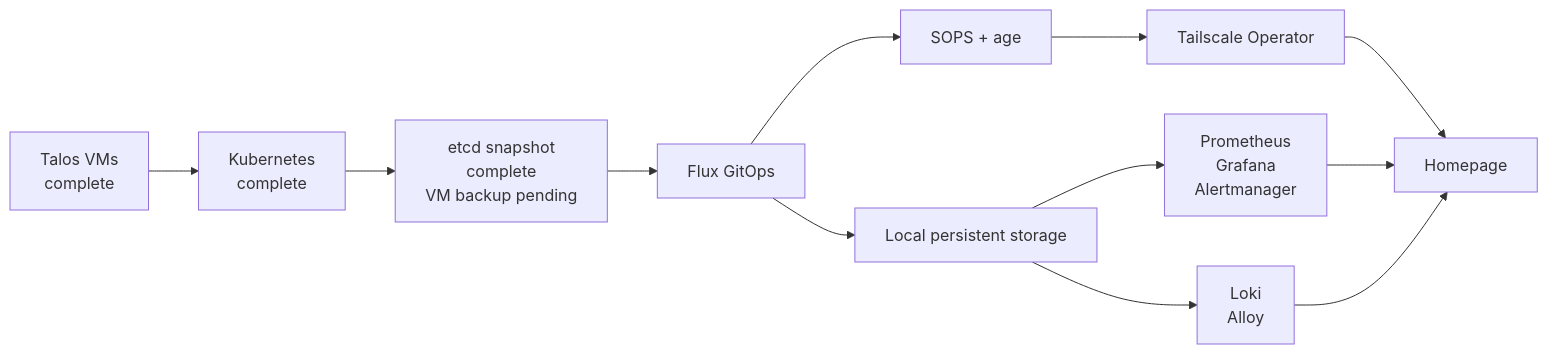
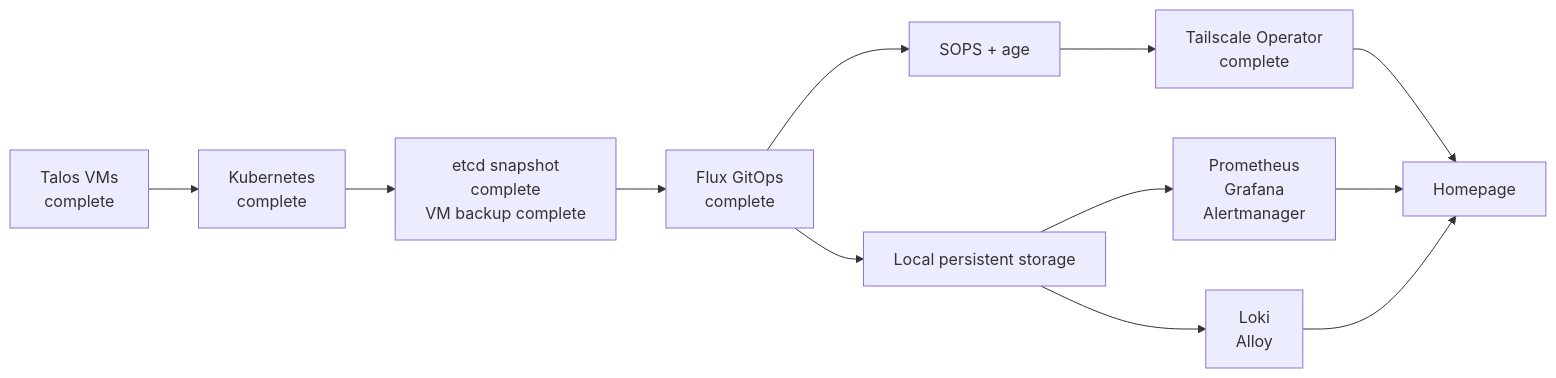
The diagram in docs/00-project-overview.md (dgsuma/dgs-private-cloud), drawn with Mermaid before and after one commit. The commit also changed other lines of this file and 11 other files, not shown here.

````diff
--- a/docs/00-project-overview.md
+++ b/docs/00-project-overview.md
@@ -66,25 +89,25 @@
 ```mermaid
 flowchart LR
     TalosVMs["Talos VMs<br/>complete"]
     K8s["Kubernetes<br/>complete"]
-    Backup["etcd snapshot<br/>complete<br/>VM backup pending"]
-    Flux["Flux GitOps"]
+    Backup["etcd snapshot<br/>complete<br/>VM backup complete"]
+    Flux["Flux GitOps<br/>complete"]
     SOPS["SOPS + age"]
-    TS["Tailscale Operator"]
+    TS["Tailscale Operator<br/>complete"]
     Storage["Local persistent storage"]
     Metrics["Prometheus<br/>Grafana<br/>Alertmanager"]
     Logs["Loki<br/>Alloy"]
     Home["Homepage"]
 
     TalosVMs --> K8s
     K8s --> Backup
     Backup --> Flux
     Flux --> SOPS
     Flux --> Storage
     SOPS --> TS
     Storage --> Metrics
     Storage --> Logs
     TS --> Home
     Metrics --> Home
     Logs --> Home
 ```
````
